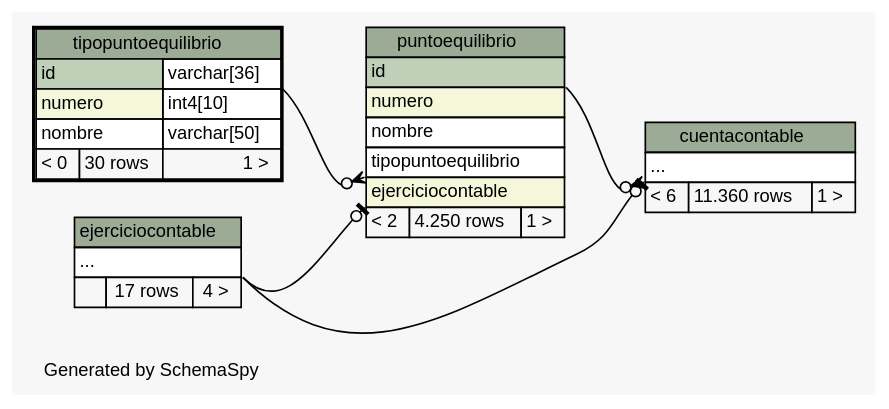
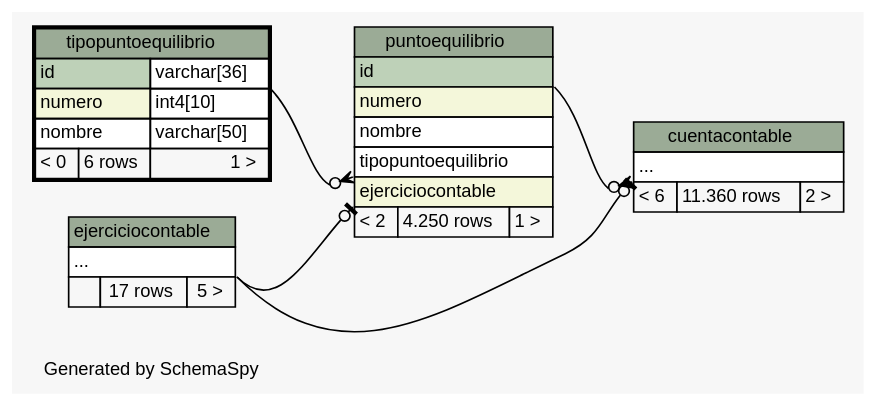
One commit to diegopablomansilla/ms14 changed the diagram in files/db/pp/schema/diagrams/tipopuntoequilibrio.2degrees.dot. Above: the diagram before and after it, drawn with Graphviz. The commit also changed 134 other files, not shown here.

```diff
--- a/files/db/pp/schema/diagrams/tipopuntoequilibrio.2degrees.dot
+++ b/files/db/pp/schema/diagrams/tipopuntoequilibrio.2degrees.dot
@@ -1,72 +1,72 @@
 // dot 2.2.1 on Windows 10 10.0
 // SchemaSpy rev 590
 digraph "twoDegreesRelationshipsDiagram" {
   graph [
     rankdir="RL"
     bgcolor="#f7f7f7"
     label="\nGenerated by SchemaSpy"
     labeljust="l"
     nodesep="0.18"
     ranksep="0.46"
     fontname="Helvetica"
     fontsize="11"
   ];
   node [
     fontname="Helvetica"
     fontsize="11"
     shape="plaintext"
   ];
   edge [
     arrowsize="0.8"
   ];
   "cuentacontable":"elipses":sw -> "ejerciciocontable":"elipses":se [arrowhead=none dir=back arrowtail=teeodot];
   "cuentacontable":"elipses":sw -> "puntoequilibrio":"id":se [arrowhead=none dir=back arrowtail=crowodot];
   "puntoequilibrio":"ejerciciocontable":sw -> "ejerciciocontable":"elipses":se [arrowhead=none dir=back arrowtail=teeodot];
   "puntoequilibrio":"tipopuntoequilibrio":sw -> "tipopuntoequilibrio":"id.type":se [arrowhead=none dir=back arrowtail=crowodot];
   "cuentacontable" [
     label=<
     <TABLE BORDER="0" CELLBORDER="1" CELLSPACING="0" BGCOLOR="#ffffff">
       <TR><TD COLSPAN="3" BGCOLOR="#9bab96" ALIGN="CENTER">cuentacontable</TD></TR>
       <TR><TD PORT="elipses" COLSPAN="3" ALIGN="LEFT">...</TD></TR>
-      <TR><TD ALIGN="LEFT" BGCOLOR="#f7f7f7">&lt; 6</TD><TD ALIGN="RIGHT" BGCOLOR="#f7f7f7">11.360 rows</TD><TD ALIGN="RIGHT" BGCOLOR="#f7f7f7">1 &gt;</TD></TR>
+      <TR><TD ALIGN="LEFT" BGCOLOR="#f7f7f7">&lt; 6</TD><TD ALIGN="RIGHT" BGCOLOR="#f7f7f7">11.360 rows</TD><TD ALIGN="RIGHT" BGCOLOR="#f7f7f7">2 &gt;</TD></TR>
     </TABLE>>
     URL="cuentacontable.html"
     tooltip="cuentacontable"
   ];
   "ejerciciocontable" [
     label=<
     <TABLE BORDER="0" CELLBORDER="1" CELLSPACING="0" BGCOLOR="#ffffff">
       <TR><TD COLSPAN="3" BGCOLOR="#9bab96" ALIGN="CENTER">ejerciciocontable</TD></TR>
       <TR><TD PORT="elipses" COLSPAN="3" ALIGN="LEFT">...</TD></TR>
-      <TR><TD ALIGN="LEFT" BGCOLOR="#f7f7f7">  </TD><TD ALIGN="RIGHT" BGCOLOR="#f7f7f7">17 rows</TD><TD ALIGN="RIGHT" BGCOLOR="#f7f7f7">4 &gt;</TD></TR>
+      <TR><TD ALIGN="LEFT" BGCOLOR="#f7f7f7">  </TD><TD ALIGN="RIGHT" BGCOLOR="#f7f7f7">17 rows</TD><TD ALIGN="RIGHT" BGCOLOR="#f7f7f7">5 &gt;</TD></TR>
     </TABLE>>
     URL="ejerciciocontable.html"
     tooltip="ejerciciocontable"
   ];
   "puntoequilibrio" [
     label=<
     <TABLE BORDER="0" CELLBORDER="1" CELLSPACING="0" BGCOLOR="#ffffff">
       <TR><TD COLSPAN="3" BGCOLOR="#9bab96" ALIGN="CENTER">puntoequilibrio</TD></TR>
       <TR><TD PORT="id" COLSPAN="3" BGCOLOR="#bed1b8" ALIGN="LEFT">id</TD></TR>
       <TR><TD PORT="numero" COLSPAN="3" BGCOLOR="#f4f7da" ALIGN="LEFT">numero</TD></TR>
       <TR><TD PORT="nombre" COLSPAN="3" ALIGN="LEFT">nombre</TD></TR>
       <TR><TD PORT="tipopuntoequilibrio" COLSPAN="3" ALIGN="LEFT">tipopuntoequilibrio</TD></TR>
       <TR><TD PORT="ejerciciocontable" COLSPAN="3" BGCOLOR="#f4f7da" ALIGN="LEFT">ejerciciocontable</TD></TR>
       <TR><TD ALIGN="LEFT" BGCOLOR="#f7f7f7">&lt; 2</TD><TD ALIGN="RIGHT" BGCOLOR="#f7f7f7">4.250 rows</TD><TD ALIGN="RIGHT" BGCOLOR="#f7f7f7">1 &gt;</TD></TR>
     </TABLE>>
     URL="puntoequilibrio.html"
     tooltip="puntoequilibrio"
   ];
   "tipopuntoequilibrio" [
     label=<
     <TABLE BORDER="2" CELLBORDER="1" CELLSPACING="0" BGCOLOR="#ffffff">
       <TR><TD COLSPAN="3" BGCOLOR="#9bab96" ALIGN="CENTER">tipopuntoequilibrio</TD></TR>
       <TR><TD PORT="id" COLSPAN="2" BGCOLOR="#bed1b8" ALIGN="LEFT">id</TD><TD PORT="id.type" ALIGN="LEFT">varchar[36]</TD></TR>
       <TR><TD PORT="numero" COLSPAN="2" BGCOLOR="#f4f7da" ALIGN="LEFT">numero</TD><TD PORT="numero.type" ALIGN="LEFT">int4[10]</TD></TR>
       <TR><TD PORT="nombre" COLSPAN="2" ALIGN="LEFT">nombre</TD><TD PORT="nombre.type" ALIGN="LEFT">varchar[50]</TD></TR>
-      <TR><TD ALIGN="LEFT" BGCOLOR="#f7f7f7">&lt; 0</TD><TD ALIGN="RIGHT" BGCOLOR="#f7f7f7">30 rows</TD><TD ALIGN="RIGHT" BGCOLOR="#f7f7f7">1 &gt;</TD></TR>
+      <TR><TD ALIGN="LEFT" BGCOLOR="#f7f7f7">&lt; 0</TD><TD ALIGN="RIGHT" BGCOLOR="#f7f7f7">6 rows</TD><TD ALIGN="RIGHT" BGCOLOR="#f7f7f7">1 &gt;</TD></TR>
     </TABLE>>
     URL="tipopuntoequilibrio.html"
     tooltip="tipopuntoequilibrio"
   ];
 }
```
